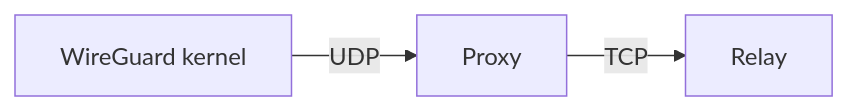
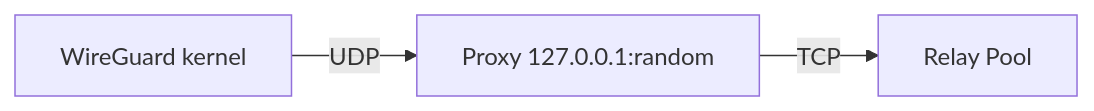
One commit to inerplat/wirekube changed the third of 4 diagrams in docs/architecture/relay.md. Above: the diagram before and after it, drawn with Mermaid. The commit also changed other lines of this file and 20 other files, not shown here.

````diff
--- a/docs/architecture/relay.md
+++ b/docs/architecture/relay.md
@@ -75,5 +91,5 @@
 ```mermaid
 flowchart LR
-    WG[WireGuard kernel] -->|UDP| P[Proxy]
-    P -->|TCP| R[Relay]
+    WG[WireGuard kernel] -->|UDP| P[Proxy 127.0.0.1:random]
+    P -->|TCP| R[Relay Pool]
 ```
````
